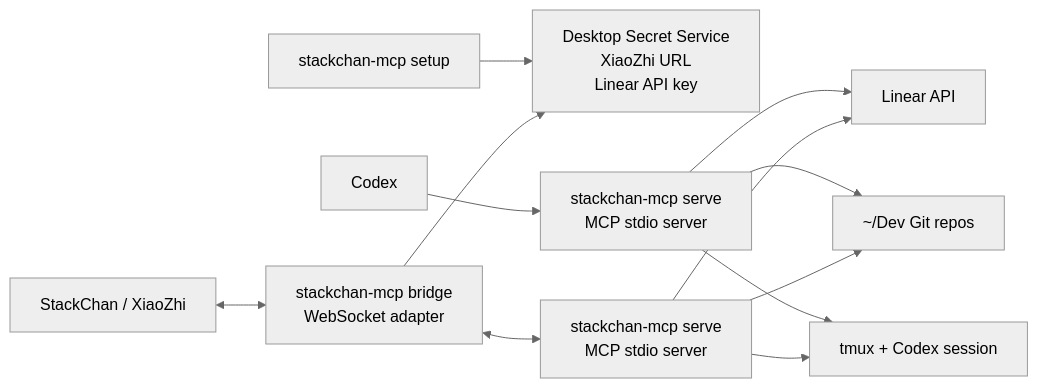
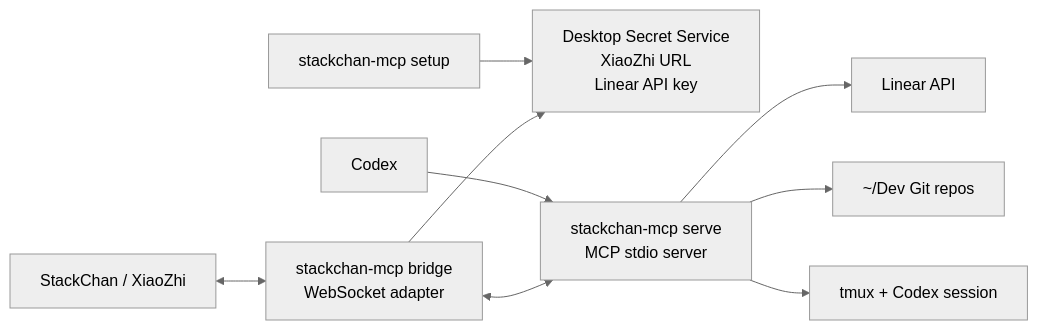
The diagram in README.md (marang/stackchan-mcp), drawn with Mermaid (neutral theme) before and after one commit. The commit also changed other lines of this file, not shown here.

Commit message:
Simplify README architecture diagram

````diff
--- a/README.md
+++ b/README.md
@@ -96,25 +96,21 @@
 ```mermaid
 flowchart LR
   setup["stackchan-mcp setup"]
   secrets["Desktop Secret Service<br/>XiaoZhi URL<br/>Linear API key"]
   codex["Codex"]
-  serve1["stackchan-mcp serve<br/>MCP stdio server"]
   stackchan["StackChan / XiaoZhi"]
   bridge["stackchan-mcp bridge<br/>WebSocket adapter"]
-  serve2["stackchan-mcp serve<br/>MCP stdio server"]
+  serve["stackchan-mcp serve<br/>MCP stdio server"]
   tmux["tmux + Codex session"]
   linear["Linear API"]
   repos["~/Dev Git repos"]
 
   setup --> secrets
-  codex --> serve1
+  codex --> serve
   stackchan <--> bridge
   bridge --> secrets
-  bridge <--> serve2
-  serve1 --> linear
-  serve2 --> linear
-  serve1 --> repos
-  serve2 --> repos
-  serve1 --> tmux
-  serve2 --> tmux
+  bridge <--> serve
+  serve --> linear
+  serve --> repos
+  serve --> tmux
 ```
````
